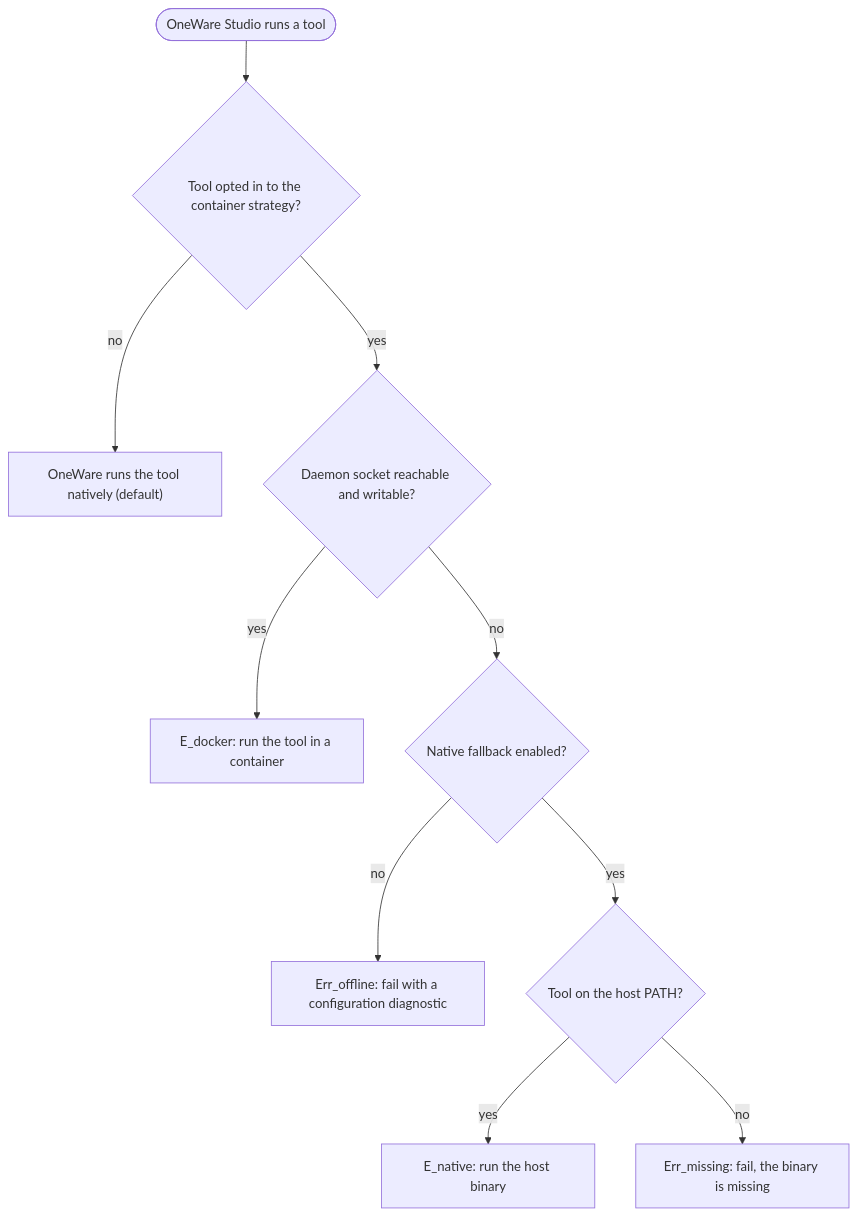
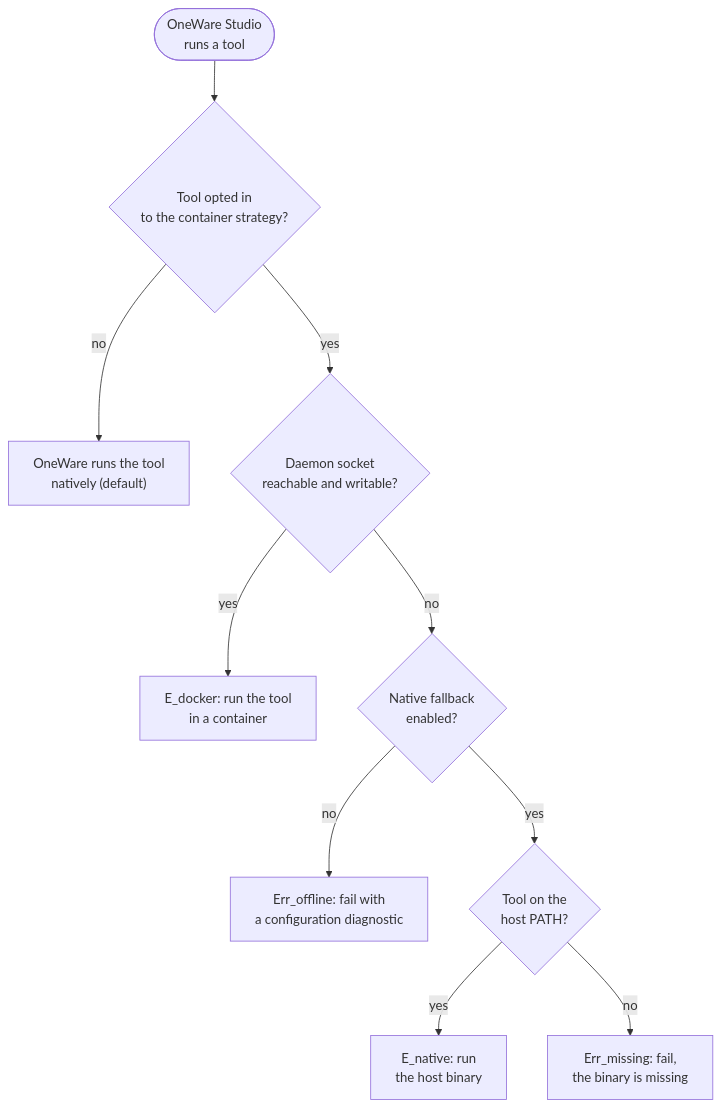
The diagram in README.md (mtorun0x7cd/thesis-fentwums-container-extension), drawn with Mermaid before and after one commit. The commit also changed 1 other file, not shown here.

Commit message:
Keep the labels of the README diagram whole at every zoom
GitHub draws the diagram with Mermaid, which wraps a label that is
wider than its wrapping width. In Safari, at some page zooms, a label
that Mermaid wrapped is measured too narrow and loses its end. Each
label now breaks its own lines, and the diagram raises the wrapping
width to 400 px, so Mermaid wraps none of them. The wording is
unchanged.

````diff
--- a/README.md
+++ b/README.md
@@ -204,14 +204,19 @@
 ```mermaid
+---
+config:
+  flowchart:
+    wrappingWidth: 400
+---
 flowchart TD
     accTitle: Routing of a tool invocation by the extension
     accDescr: OneWare Studio hands a tool invocation to the extension only if the tool is opted in to the container strategy; otherwise OneWare runs the tool natively. For an opted-in tool, a reachable daemon leads to container execution. If the daemon is unreachable and native fallback is disabled, the invocation fails with a daemon-offline diagnostic. If fallback is enabled, the tool runs on the host when it is on the PATH, and the invocation fails with a missing-binary diagnostic when it is not.
-    start(["OneWare Studio runs a tool"]) --> optin{"Tool opted in to the container strategy?"}
-    optin -->|no| host["OneWare runs the tool natively (default)"]
-    optin -->|yes| sdock{"Daemon socket reachable and writable?"}
-    sdock -->|yes| docker["E_docker: run the tool in a container"]
-    sdock -->|no| fallback{"Native fallback enabled?"}
-    fallback -->|no| offline["Err_offline: fail with a configuration diagnostic"]
-    fallback -->|yes| onpath{"Tool on the host PATH?"}
-    onpath -->|yes| native["E_native: run the host binary"]
-    onpath -->|no| missing["Err_missing: fail, the binary is missing"]
+    start(["OneWare Studio<br/>runs a tool"]) --> optin{"Tool opted in<br/>to the container strategy?"}
+    optin -->|no| host["OneWare runs the tool<br/>natively (default)"]
+    optin -->|yes| sdock{"Daemon socket<br/>reachable and writable?"}
+    sdock -->|yes| docker["E_docker: run the tool<br/>in a container"]
+    sdock -->|no| fallback{"Native fallback<br/>enabled?"}
+    fallback -->|no| offline["Err_offline: fail with<br/>a configuration diagnostic"]
+    fallback -->|yes| onpath{"Tool on the<br/>host PATH?"}
+    onpath -->|yes| native["E_native: run<br/>the host binary"]
+    onpath -->|no| missing["Err_missing: fail,<br/>the binary is missing"]
 ```
````
